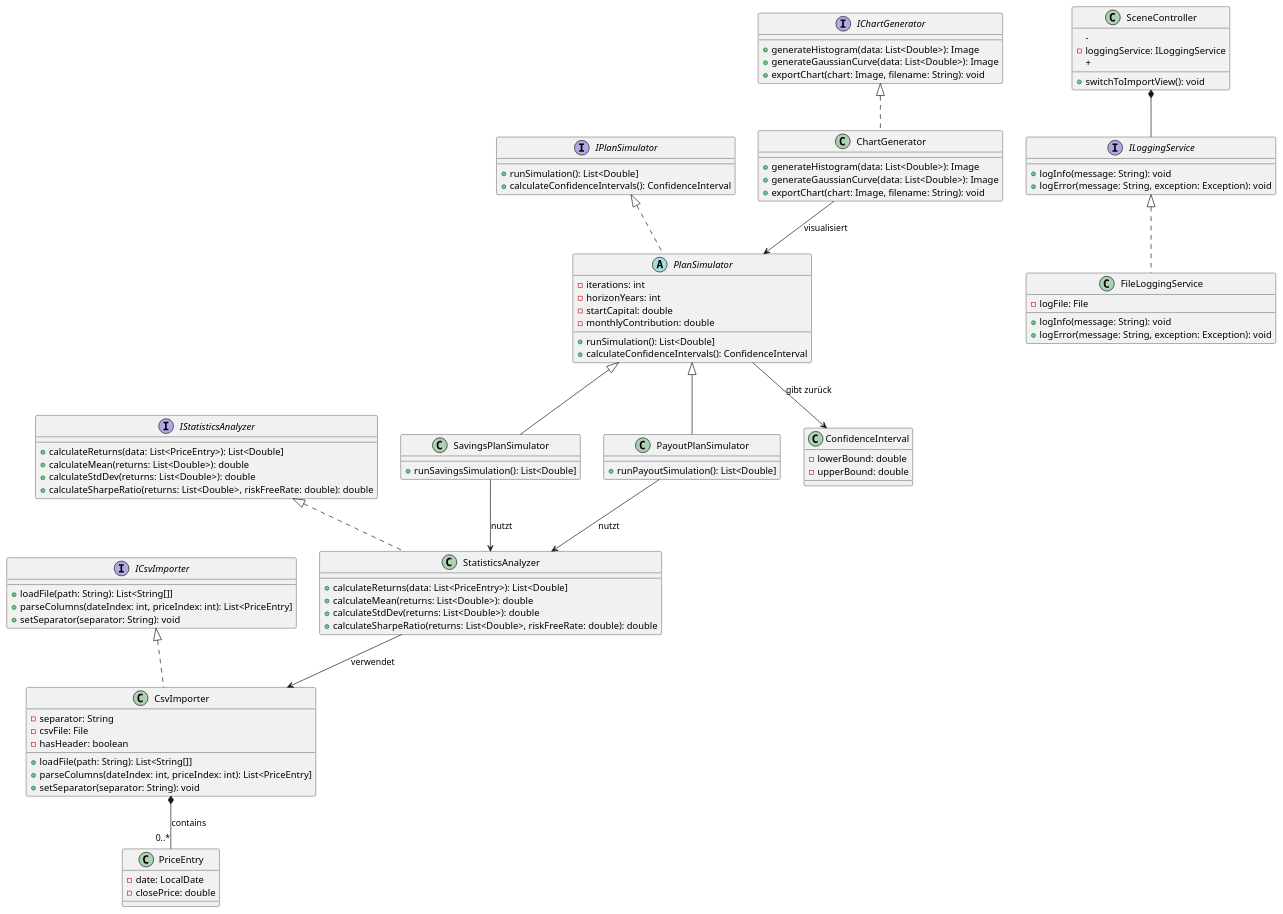
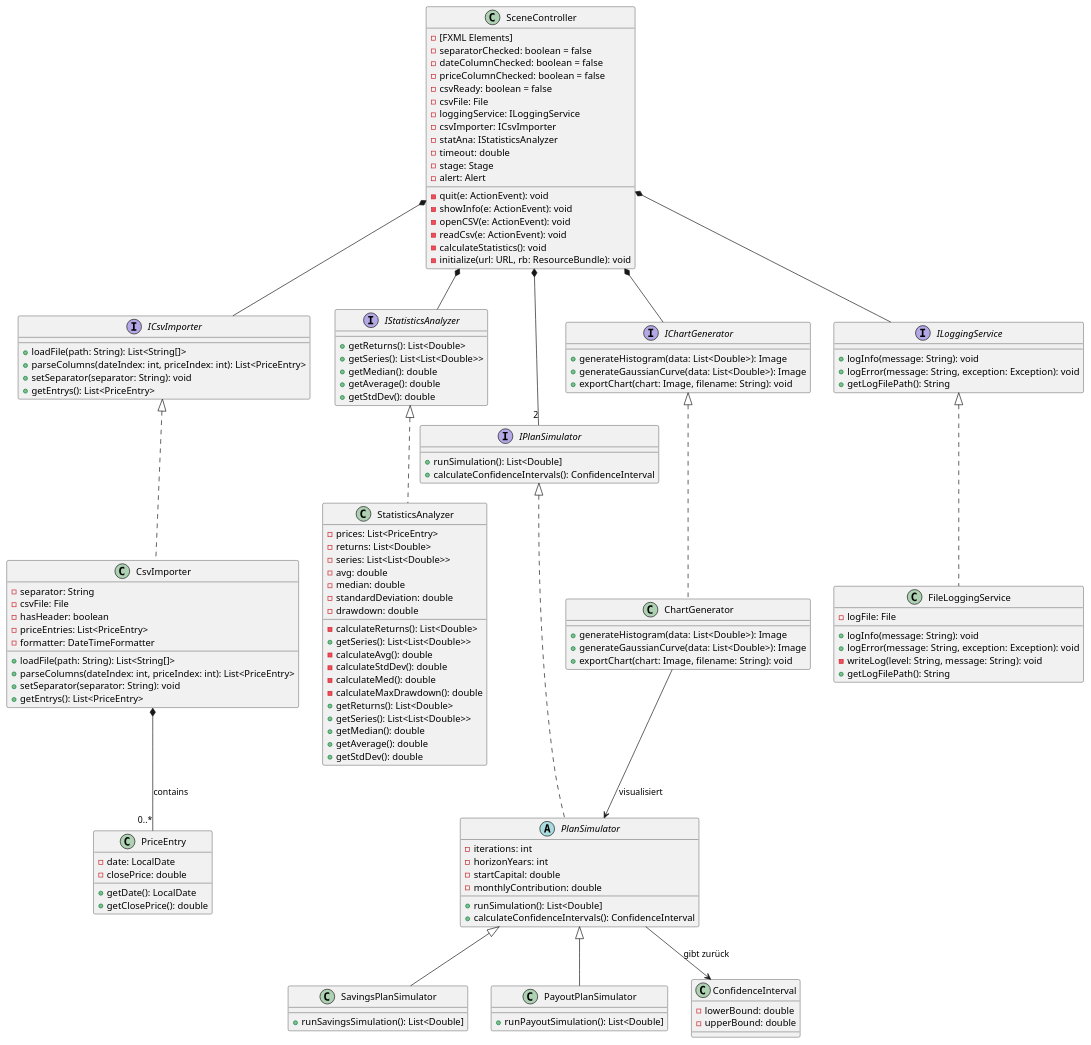
One commit to SvenM87/WP_Java changed the diagram in docs/ClassDia.puml. Above: the diagram before and after it, drawn with PlantUML. The commit also changed 1 other file, not shown here.

Commit message:
Klassendiagramm aktualisiert

```diff
--- a/docs/ClassDia.puml
+++ b/docs/ClassDia.puml
@@ -1,105 +1,144 @@
 @startuml KlassenDiagram
 
 ' Interfaces
 interface ICsvImporter {
-  + loadFile(path: String): List<String[]]
-  + parseColumns(dateIndex: int, priceIndex: int): List<PriceEntry]
+  + loadFile(path: String): List<String[]>
+  + parseColumns(dateIndex: int, priceIndex: int): List<PriceEntry>
   + setSeparator(separator: String): void
+  + getEntrys(): List<PriceEntry>
 }
 interface IStatisticsAnalyzer {
-  + calculateReturns(data: List<PriceEntry>): List<Double]
-  + calculateMean(returns: List<Double>): double
-  + calculateStdDev(returns: List<Double>): double
-  + calculateSharpeRatio(returns: List<Double>, riskFreeRate: double): double
+  + getReturns(): List<Double>
+  + getSeries(): List<List<Double>> 
+  + getMedian(): double
+  + getAverage(): double
+  + getStdDev(): double
 }
 interface IPlanSimulator {
   + runSimulation(): List<Double]
   + calculateConfidenceIntervals(): ConfidenceInterval
 }
 interface IChartGenerator {
   + generateHistogram(data: List<Double>): Image
   + generateGaussianCurve(data: List<Double>): Image
   + exportChart(chart: Image, filename: String): void
 }
 interface ILoggingService {
   + logInfo(message: String): void
   + logError(message: String, exception: Exception): void
+  + getLogFilePath(): String
 }
 
 ' Concrete Classes
 class CsvImporter implements ICsvImporter {
   - separator: String
   - csvFile: File
   - hasHeader: boolean
-  + loadFile(path: String): List<String[]]
-  + parseColumns(dateIndex: int, priceIndex: int): List<PriceEntry]
+  - priceEntries: List<PriceEntry>
+  - formatter: DateTimeFormatter
+  + loadFile(path: String): List<String[]>
+  + parseColumns(dateIndex: int, priceIndex: int): List<PriceEntry>
   + setSeparator(separator: String): void
+  + getEntrys(): List<PriceEntry>
 }
 
 class PriceEntry {
   - date: LocalDate
   - closePrice: double
+  + getDate(): LocalDate
+  + getClosePrice(): double
 }
 
 class StatisticsAnalyzer implements IStatisticsAnalyzer {
-  + calculateReturns(data: List<PriceEntry>): List<Double]
-  + calculateMean(returns: List<Double>): double
-  + calculateStdDev(returns: List<Double>): double
-  + calculateSharpeRatio(returns: List<Double>, riskFreeRate: double): double
+  - prices: List<PriceEntry>
+  - returns: List<Double>
+  - series: List<List<Double>>
+  - avg: double
+  - median: double
+  - standardDeviation: double
+  - drawdown: double
+  - calculateReturns(): List<Double>
+  + getSeries(): List<List<Double>>
+  - calculateAvg(): double
+  - calculateStdDev(): double
+  - calculateMed(): double
+  - calculateMaxDrawdown(): double
+  + getReturns(): List<Double>
+  + getSeries(): List<List<Double>> 
+  + getMedian(): double
+  + getAverage(): double
+  + getStdDev(): double
 }
 
 abstract class PlanSimulator implements IPlanSimulator {
   - iterations: int
   - horizonYears: int
   - startCapital: double
   - monthlyContribution: double
   + runSimulation(): List<Double]
   + calculateConfidenceIntervals(): ConfidenceInterval
 }
 
 class SavingsPlanSimulator extends PlanSimulator {
   + runSavingsSimulation(): List<Double]
 }
 
 class PayoutPlanSimulator extends PlanSimulator {
   + runPayoutSimulation(): List<Double]
 }
 
 class ConfidenceInterval {
   - lowerBound: double
   - upperBound: double
 }
 
 class ChartGenerator implements IChartGenerator {
   + generateHistogram(data: List<Double>): Image
   + generateGaussianCurve(data: List<Double>): Image
   + exportChart(chart: Image, filename: String): void
 }
 
 class FileLoggingService implements ILoggingService {
   - logFile: File
   + logInfo(message: String): void
   + logError(message: String, exception: Exception): void
+  - writeLog(level: String, message: String): void
+  + getLogFilePath(): String
 }
 
 class SceneController {
-  - 
+  - [FXML Elements]
+  - separatorChecked: boolean = false
+  - dateColumnChecked: boolean = false
+  - priceColumnChecked: boolean = false
+  - csvReady: boolean = false
+  - csvFile: File
   - loggingService: ILoggingService
-  + switchToImportView(): void
-  + 
+  - csvImporter: ICsvImporter
+  - statAna: IStatisticsAnalyzer
+  - timeout: double
+  - stage: Stage
+  - alert: Alert
+  - quit(e: ActionEvent): void
+  - showInfo(e: ActionEvent): void
+  - openCSV(e: ActionEvent): void
+  - readCsv(e: ActionEvent): void
+  - calculateStatistics(): void
+  - initialize(url: URL, rb: ResourceBundle): void
 }
 
 ' Relationships
 CsvImporter *-- "0..*" PriceEntry : contains
 
-StatisticsAnalyzer --> CsvImporter : verwendet
-SavingsPlanSimulator --> StatisticsAnalyzer : nutzt
-PayoutPlanSimulator --> StatisticsAnalyzer : nutzt
 PlanSimulator --> ConfidenceInterval : gibt zurück
 ChartGenerator --> PlanSimulator : visualisiert
 
 ' Injection (composition)
 
 SceneController *-- ILoggingService
+SceneController *-- ICsvImporter
+SceneController *-- IStatisticsAnalyzer
+SceneController *-- "2" IPlanSimulator
+SceneController *-- IChartGenerator
 
 @enduml
```
